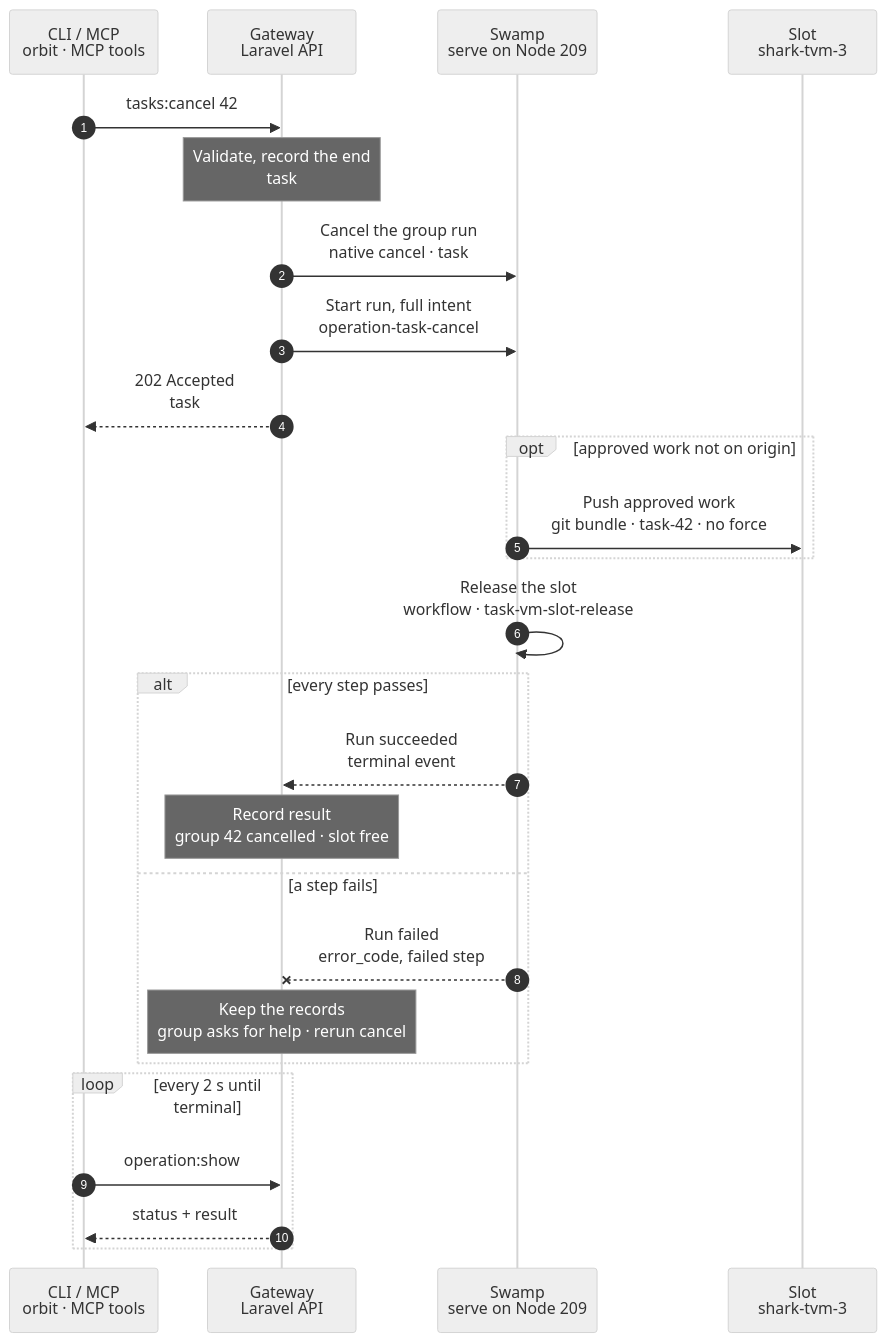
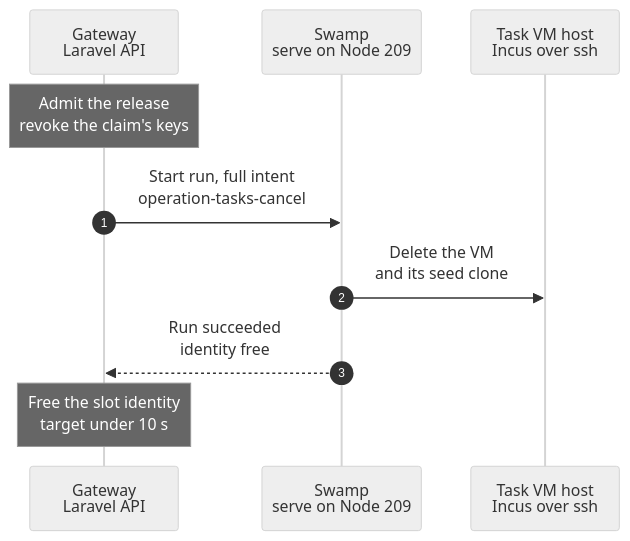
Before and after one commit to hardimpactdev/orbit: the diagram in docs/cli/tasks/cancel.mmd, drawn with Mermaid (neutral theme). The commit also changed 88 other files, not shown here.

First line of the commit message:
Task start copies the base VM snapshot with a slot identity

```diff
--- a/docs/cli/tasks/cancel.mmd
+++ b/docs/cli/tasks/cancel.mmd
@@ -1,94 +1,23 @@
 sequenceDiagram
-  %% Target design: ADR 0244 (one task:cancel; ending a group with cleanup is its own action kind), docs/reference/tasks.md "Cancel a stuck task", DECISIONS R2-R4, Nick 2026-11-06: the push step mints its token when it runs, and a task VM never holds a GitHub credential. Nick 2026-11-07: the task VM is a fixed slot; the end of a group releases it (docs/cli/tasks/vm-slot-release.mmd), with no record deletes, no Route or DNS withdrawal and no hub peer removal.
+  %% Target design (agreed with Nick, 2026-11-07): a task VM is disposable; its slot identity stays with the Gateway.
   %% status: draft
   %% command: tasks:cancel
   %% kind: tasks.cancel
   autonumber
-  %% lane CLI icon=terminal pill=caller tone=gray
   %% lane GW icon=gateway pill=intent tone=blue
   %% lane SW icon=workflow pill=executes tone=green
-  %% lane VM icon=server pill=slot tone=purple
-  participant CLI as CLI / MCP<br/>orbit · MCP tools
+  %% lane H icon=server pill=target tone=amber
   participant GW as Gateway<br/>Laravel API
   participant SW as Swamp<br/>serve on Node 209
-  participant VM as Slot<br/>shark-tvm-3
-  CLI->>GW: tasks:cancel 42
-  %%> Command:
-  %%> - `orbit tasks:cancel 42 --yes`
-  %%> - syntax: `[group] [--yes] [--json]`
-  %%> Input:
-  %%> - the task group id; omitting it uses the standard selector
-  %%> Confirmation:
-  %%> - without `--yes`, the CLI first asks to cancel group 42 and release its slot; the default is No
-  %%> Also:
-  %%> - `tasks:complete 42` admits the same ending when its pull request merged or closed; the group then ends `completed`
-  %%> Who can call it:
-  %%> - the `orbit` CLI and the MCP tool `tasks-cancel` send the same request
-  Note over GW: Validate, record the end<br/>task #5141 · group 42 ending
-  %%> Requirements:
-  %%> - your Node has Gateway access, and the Tasks extension is on
-  %%> - group 42 is not `completed`, and not `settling` with a pull request (complete it instead)
-  %%> - no other ending task holds `task_group:42`
+  participant H as Task VM host<br/>Incus over ssh
+  Note over GW: Admit the release<br/>revoke the claim's keys
   %%> Result:
-  %%> - task #5141 recorded with the full intent: the slot `shark-tvm-3`, its host and the last approved commit
-  %%> - a group with no workspace ends `cancelled` at once, with no run (R1)
-  GW->>SW: Cancel the group run<br/>native cancel · task #5140
+  %%> - the Pi token and model key of the claim are revoked; approved work is pushed first, as today
+  GW->>SW: Start run, full intent<br/>operation-tasks-cancel
+  SW->>H: Delete the VM<br/>and its seed clone
   %%> What it does:
-  %%> - cancels the group's root task; Swamp cancels its running Pi turn or check and tears down their SSH sessions
-  %%> Busy:
-  %%> - the Gateway waits briefly for the terminal event within the budget; a run that does not end returns `operation.target_busy`, and nothing changes
-  %%> - Decided by the orchestrator, for Nick's review (2026-11-06): this request changes nothing itself, but a provision run it cancelled stays cancelled; when that provision ends, the Gateway admits this ending itself, unless one was admitted since, so the slot it was claiming is released (docs/cli/tasks/provision.mmd)
-  GW->>SW: Start run, full intent<br/>operation-task-cancel
-  %%> What it does:
-  %%> - starts one Swamp run on serve (Node 209)
-  %%> Inputs:
-  %%> - the slot, its host and the checkout path; the SSH identity comes from the `swamp` role
-  GW-->>CLI: 202 Accepted<br/>task #5141
-  %%> What you get:
-  %%> - the task number and a compact input summary; the full execution plan stays in the Gateway
-  %%> Next:
-  %%> - the CLI follows the task with `operation:show`
-  opt approved work not on origin
-    SW->>VM: Push approved work<br/>git bundle · task-42 · no force
-    %%> What it does:
-    %%> - exports the approved commit as a Git bundle and pushes it from 209, so you can open a pull request from `task-42`
-    %%> - admission names the vault key of the push token; the push step asks the Gateway for the token (`operation:direct:github-token`) right before the push, and the VM never holds it
-    %%> - uncommitted changes are never pushed
-    %%> If it fails:
-    %%> - the run stops before any removal, so the work stays on the slot
-    %%> Guard:
-    %%> - runs only while the slot runs
-  end
-  SW->>SW: Release the slot<br/>workflow · task-vm-slot-release
-  %%> What it does:
-  %%> - stops the slot and rolls it back to its `clean` snapshot (docs/cli/tasks/vm-slot-release.mmd)
-  %%> - the slot keeps its Node, WireGuard peer, identity, Pi token and model key; nothing is deleted or withdrawn
-  %%> Not included:
-  %%> - no Project teardown and no Route withdrawal: the claim ran no setup steps and published no Route, and the rollback removes the task's files
-  alt every step passes
-    SW-->>GW: Run succeeded<br/>terminal event
-    %%> How the Gateway learns it:
-    %%> - its shared run reader sees the terminal event; Swamp never calls the Gateway
-    Note over GW: Record result<br/>group 42 cancelled · slot free
-    %%> Result:
-    %%> - group 42 and its open subtasks are `cancelled`; comments, threads and transcripts stay as history
-    %%> - the slot is `free`; its Node and workspace Instance stay
-    %%> - task #5141 succeeds
-  else a step fails
-    SW--xGW: Run failed<br/>error_code, failed step
-    %%> The Gateway reads:
-    %%> - which step failed and its error code
-    Note over GW: Keep the records<br/>group asks for help · rerun cancel
-    %%> Result:
-    %%> - task #5141 fails; group 42 keeps its status and its slot, and asks for `removal_failure` assistance
-    %%> Retry:
-    %%> - run `tasks:cancel 42` again after fixing the cause; it is a new task, and done steps find nothing left to do
-  end
-  loop every 2 s until terminal
-    CLI->>GW: operation:show #5141
-    %%> What it does:
-    %%> - asks for the task's status every 2 seconds until it has ended
-    GW-->>CLI: status + result
-    %%> Returns:
-    %%> - the current status, and the result once the task has ended
-  end
+  %%> - one host exec: `incus delete --force` and the seed clone; a few seconds
+  %%> - no Node, DNS, Metrics or hub peer change: the identity stays
+  %%> - beside it, the claim's model key is revoked at the model router; the Pi token goes with the VM
+  SW-->>GW: Run succeeded<br/>identity free
+  Note over GW: Free the slot identity<br/>target under 10 s
```
